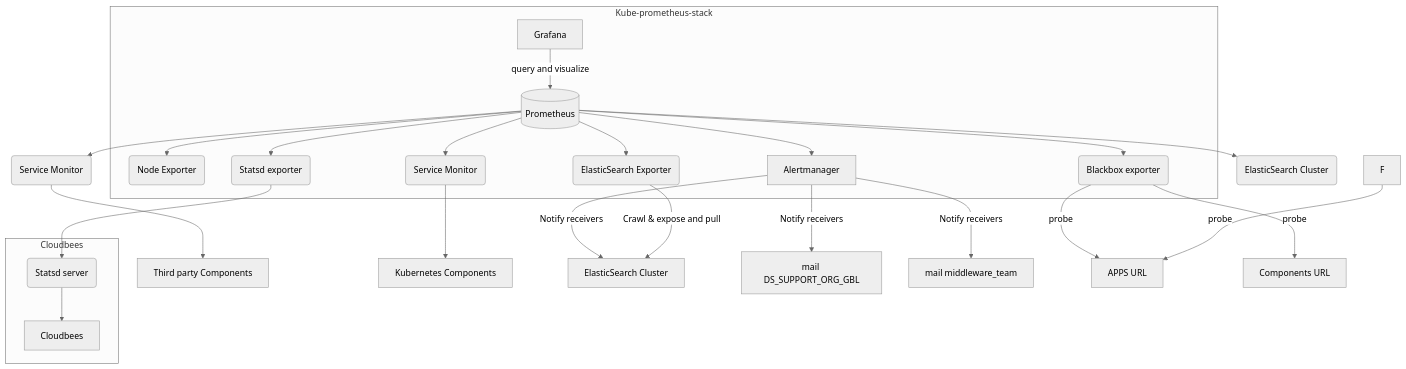
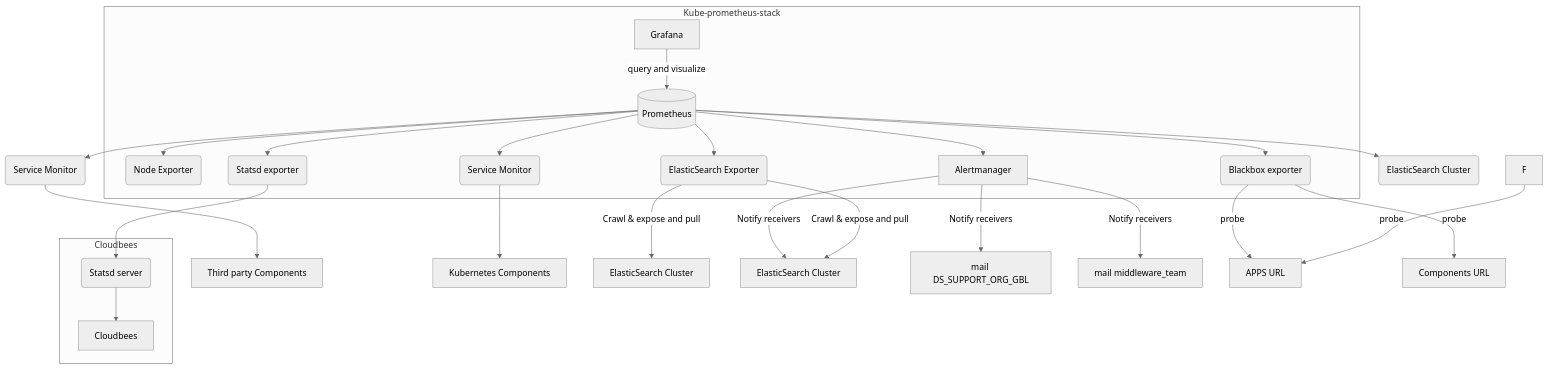
The first of 14 diagrams in Markdown1.md (SavaiRavikiran/Monitoring_With_Prometheus-Grafana), drawn with Mermaid (neutral theme) before and after one commit.

````diff
--- a/Markdown1.md
+++ b/Markdown1.md
@@ -1,30 +1,31 @@
 ```mermaid
 graph TD
   subgraph "Kube-prometheus-stack"
     A[Grafana]-->|query and visualize| B[(Prometheus)]
     B --> C(Node Exporter)
     B --> D(Blackbox exporter)
     B --> E(Statsd exporter)
     B --> G[Alertmanager]
     B --> SM1(Service Monitor)
     B --> EE1(ElasticSearch Exporter)
   end
   
   B --> SM2(Service Monitor)
   B --> EE2(ElasticSearch Cluster)
   SM2 --> O[Third party Components]
   SM1 --> P[Kubernetes Components]
-  
+  EE1 -->|Crawl & expose and pull| R[ElasticSearch Cluster]
+
   G -->|Notify receivers| H[mail devops_team]
   G -->|Notify receivers| I[mail DS_SUPPORT_ORG_GBL]
   G -->|Notify receivers| J[mail middleware_team]
   D -->|probe| L[APPS URL]
   D -->|probe| M[Components URL]
   F -->|probe| L[APPS URL]
   EE1 -->|Crawl & expose and pull| H[ElasticSearch Cluster]
 
   subgraph "Cloudbees"
     E --> N(Statsd server)
     N --> K[Cloudbees]
   end
 ```
````
